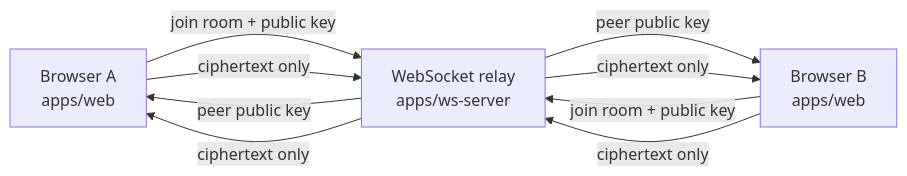
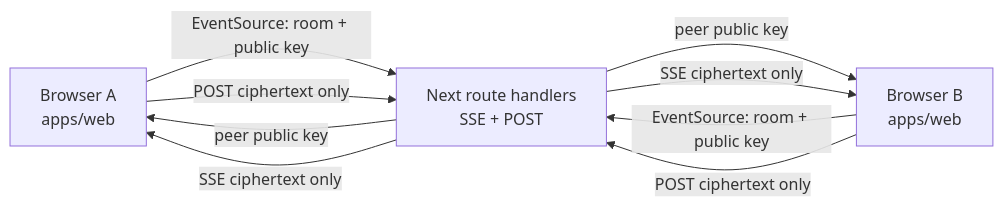
The second of 3 diagrams in docs/architecture.md (matthewlovestocode/e2echat), drawn with Mermaid before and after one commit. The commit also changed other lines of this file and 19 other files, not shown here.

Commit message:
Use Next route handlers for realtime relay

````diff
--- a/docs/architecture.md
+++ b/docs/architecture.md
@@ -29,15 +29,15 @@
 ```mermaid
 flowchart LR
   alice["Browser A\napps/web"]
-  relay["WebSocket relay\napps/ws-server"]
+  relay["Next route handlers\nSSE + POST"]
   bob["Browser B\napps/web"]
 
-  alice -- "join room + public key" --> relay
-  bob -- "join room + public key" --> relay
+  alice -- "EventSource: room + public key" --> relay
+  bob -- "EventSource: room + public key" --> relay
   relay -- "peer public key" --> alice
   relay -- "peer public key" --> bob
-  alice -- "ciphertext only" --> relay
-  relay -- "ciphertext only" --> bob
-  bob -- "ciphertext only" --> relay
-  relay -- "ciphertext only" --> alice
+  alice -- "POST ciphertext only" --> relay
+  relay -- "SSE ciphertext only" --> bob
+  bob -- "POST ciphertext only" --> relay
+  relay -- "SSE ciphertext only" --> alice
 ```
````
